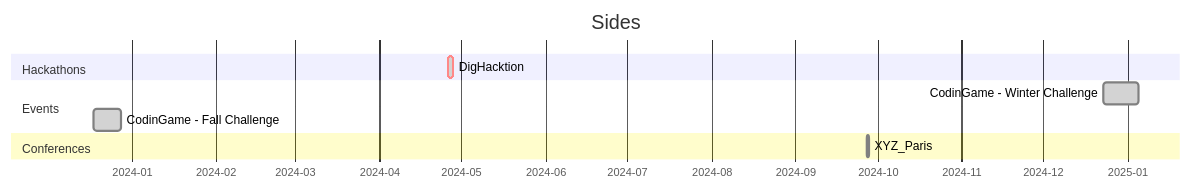
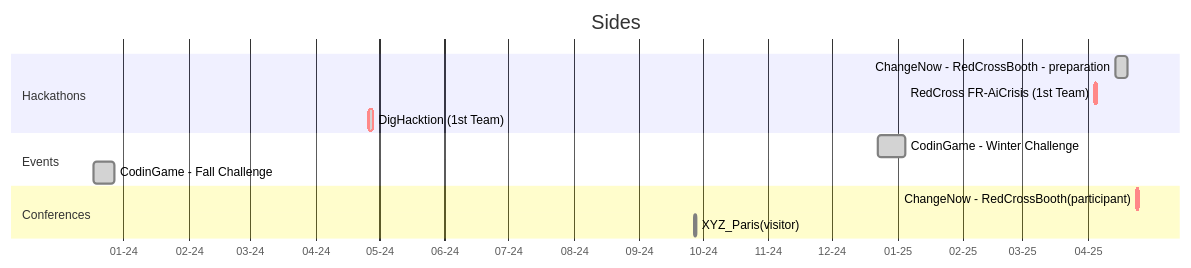
The third of 3 diagrams in README.md (Tablerase/42_Projects), drawn with Mermaid before and after one commit. The commit also changed other lines of this file, not shown here.

Commit message:
docs: update work timeline

````diff
--- a/README.md
+++ b/README.md
@@ -184,17 +185,20 @@
 ```mermaid
 gantt
     title Sides
     dateFormat  YYYY-MM-DD
-    axisFormat %Y-%m
+    axisFormat %m-%y
     todayMarker on
 
     section Hackathons
-    DigHacktion : crit, done, 2024-04-26, 2024-04-28
+    ChangeNow - RedCrossBooth - preparation : done, 2025-04-14, 2025-04-20
+    RedCross FR-AiCrisis (1st Team) : crit, done, 2025-04-04, 2025-04-05
+    DigHacktion (1st Team) : crit, done, 2024-04-26, 2024-04-28
 
     section Events
     CodinGame - Winter Challenge : done, 2024-12-23, 2025-01-05
     CodinGame - Fall Challenge : done, 2023-12-18, 2023-12-28
 
     section Conferences
-    XYZ_Paris : done, 2024-09-27, 1d
+    ChangeNow - RedCrossBooth(participant) : crit, done, 2025-04-24, 2025-04-25
+    XYZ_Paris(visitor) : done, 2024-09-27, 1d
 ```
````
